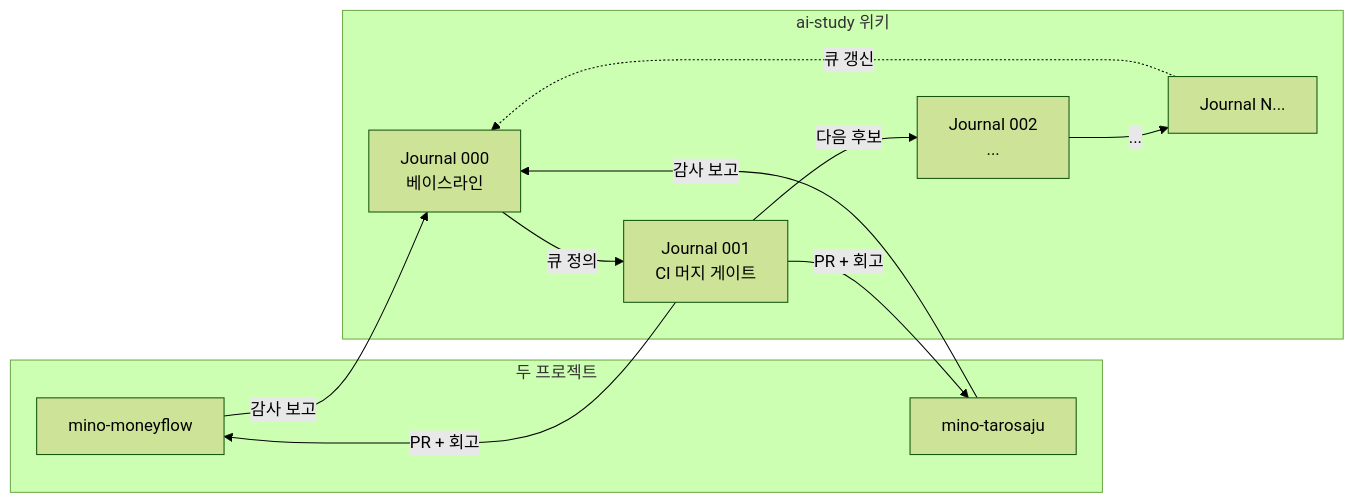
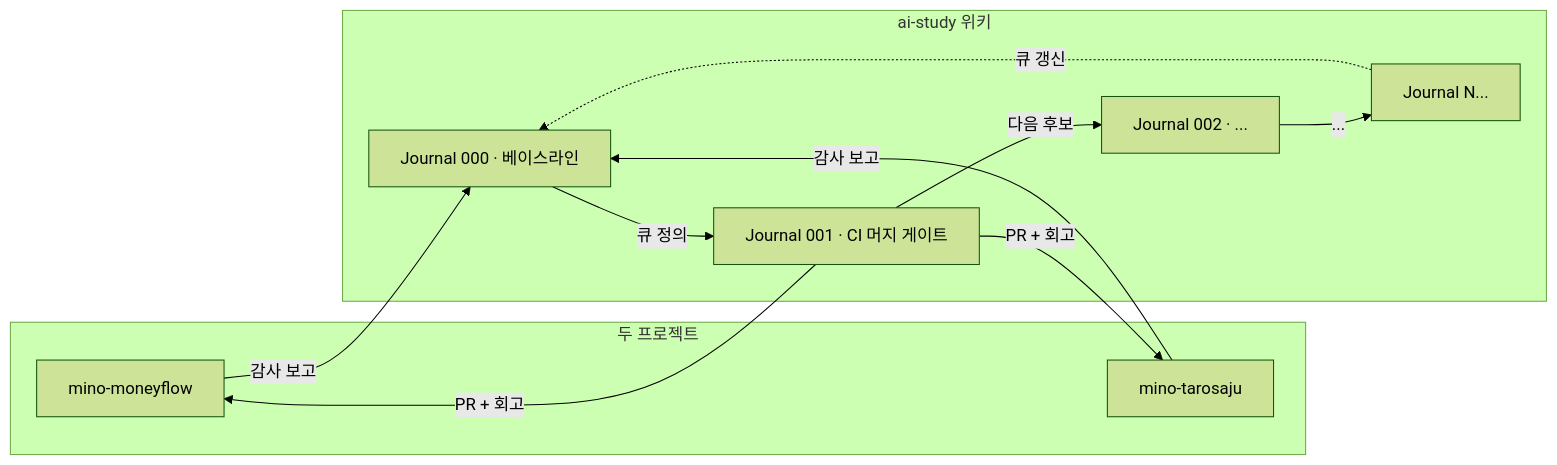
Before and after one commit to Mino777/ai-study: the diagram in content/harness-engineering/harness-journal-000-baseline.mdx, drawn with Mermaid (forest theme). The commit also changed 16 other files, not shown here.

First line of the commit message:
fix: Mermaid <br/> 렌더링 에러 근본 해결 — auto-fix 승격 + 전체 MDX 일괄 치환

````diff
--- a/content/harness-engineering/harness-journal-000-baseline.mdx
+++ b/content/harness-engineering/harness-journal-000-baseline.mdx
@@ -193,23 +193,23 @@
 ```mermaid
 flowchart LR
   subgraph projects ["두 프로젝트"]
     MF["mino-moneyflow"]
     TS["mino-tarosaju"]
   end
 
   subgraph wiki ["ai-study 위키"]
-    J0["Journal 000<br/>베이스라인"]
-    J1["Journal 001<br/>CI 머지 게이트"]
-    J2["Journal 002<br/>..."]
+    J0["Journal 000 · 베이스라인"]
+    J1["Journal 001 · CI 머지 게이트"]
+    J2["Journal 002 · ..."]
     JN["Journal N..."]
   end
 
   MF -- "감사 보고" --> J0
   TS -- "감사 보고" --> J0
   J0 -- "큐 정의" --> J1
   J1 -- "PR + 회고" --> MF
   J1 -- "PR + 회고" --> TS
   J1 -- "다음 후보" --> J2
   J2 -- "..." --> JN
   JN -. "큐 갱신" .-> J0
 ```
````
